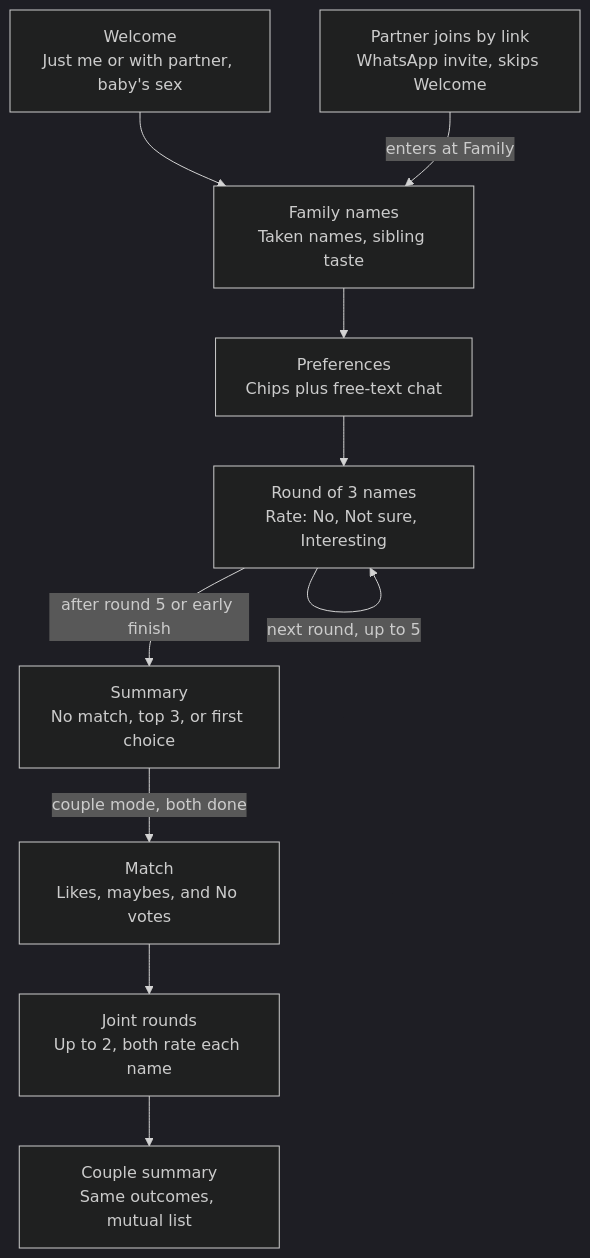
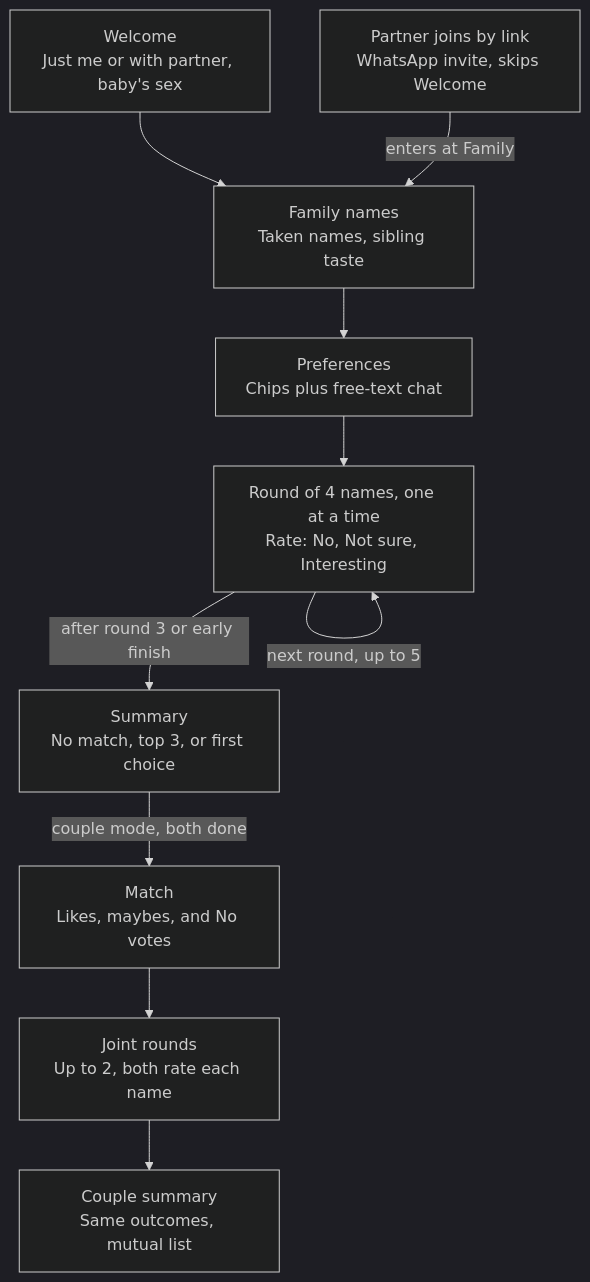
Before and after one commit to ShaharGotshtat/NamePlanner: the diagram in docs/PRD.md, drawn with Mermaid (dark theme). The commit also changed other lines of this file and 6 other files, not shown here.

First line of the commit message:
Show one name at a time; 3 rounds of 4 names (#57)

````diff
--- a/docs/PRD.md
+++ b/docs/PRD.md
@@ -73,12 +73,12 @@
 ```mermaid
 flowchart TD
     W["Welcome<br/>Just me or with partner, baby's sex"] --> F["Family names<br/>Taken names, sibling taste"]
     F --> P["Preferences<br/>Chips plus free-text chat"]
-    P --> R["Round of 3 names<br/>Rate: No, Not sure, Interesting"]
+    P --> R["Round of 4 names, one at a time<br/>Rate: No, Not sure, Interesting"]
     R -- "next round, up to 5" --> R
-    R -- "after round 5 or early finish" --> S["Summary<br/>No match, top 3, or first choice"]
+    R -- "after round 3 or early finish" --> S["Summary<br/>No match, top 3, or first choice"]
     J["Partner joins by link<br/>WhatsApp invite, skips Welcome"] -- "enters at Family" --> F
     S -- "couple mode, both done" --> M["Match<br/>Likes, maybes, and No votes"]
     M --> JR["Joint rounds<br/>Up to 2, both rate each name"]
     JR --> CS["Couple summary<br/>Same outcomes, mutual list"]
 ```
````
